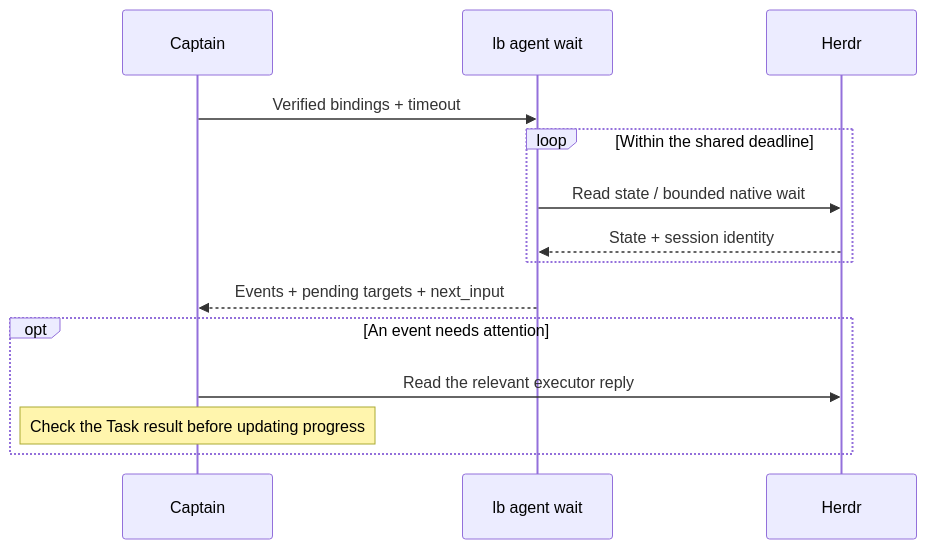
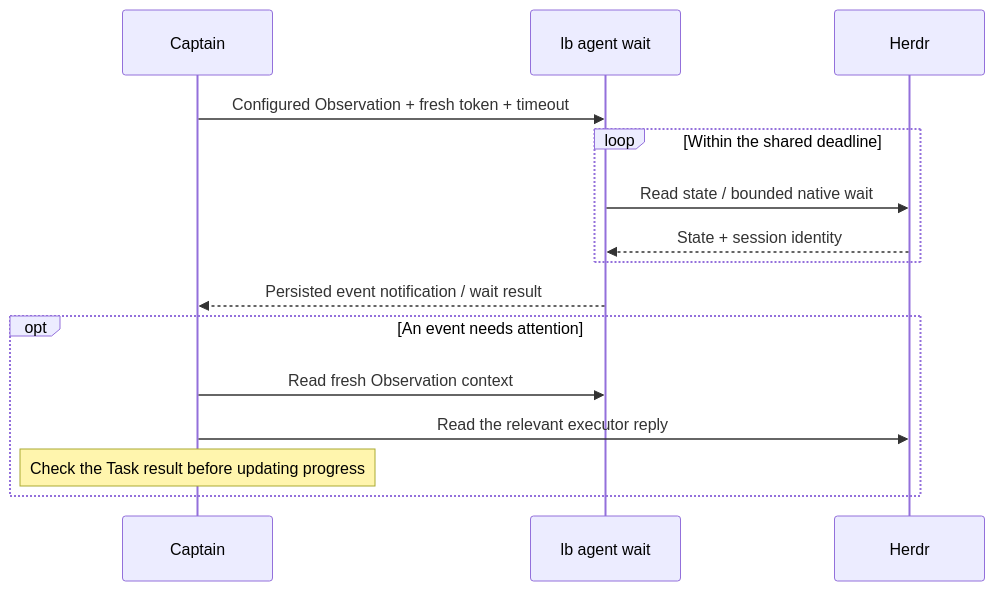
The second of 2 diagrams in README.md (alswl/lbkit), drawn with Mermaid before and after one commit. The commit also changed other lines of this file and 54 other files, not shown here.

````diff
--- a/README.md
+++ b/README.md
@@ -99,16 +115,17 @@
 ```mermaid
 sequenceDiagram
     participant C as Captain
     participant W as lb agent wait
     participant H as Herdr
-    C->>W: Verified bindings + timeout
+    C->>W: Configured Observation + fresh token + timeout
     loop Within the shared deadline
         W->>H: Read state / bounded native wait
         H-->>W: State + session identity
     end
-    W-->>C: Events + pending targets + next_input
+    W-->>C: Persisted event notification / wait result
     opt An event needs attention
+        C->>W: Read fresh Observation context
         C->>H: Read the relevant executor reply
         Note over C: Check the Task result before updating progress
     end
 ```
````
